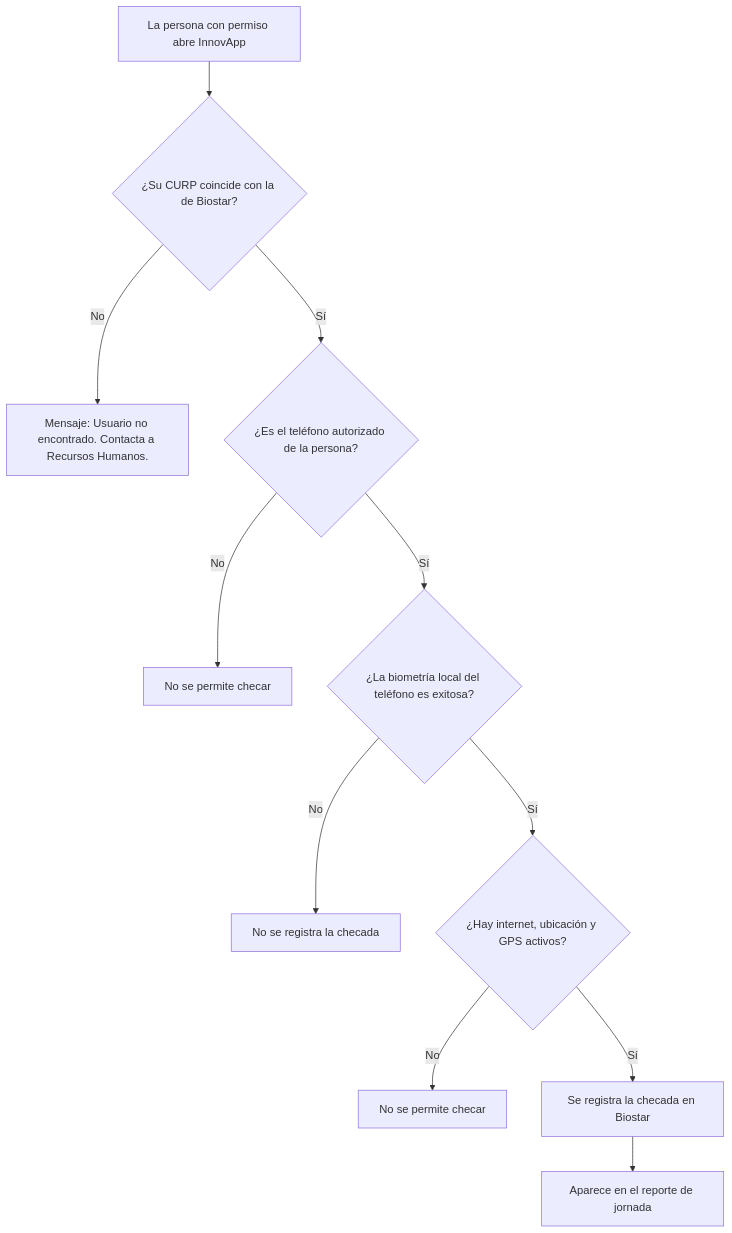
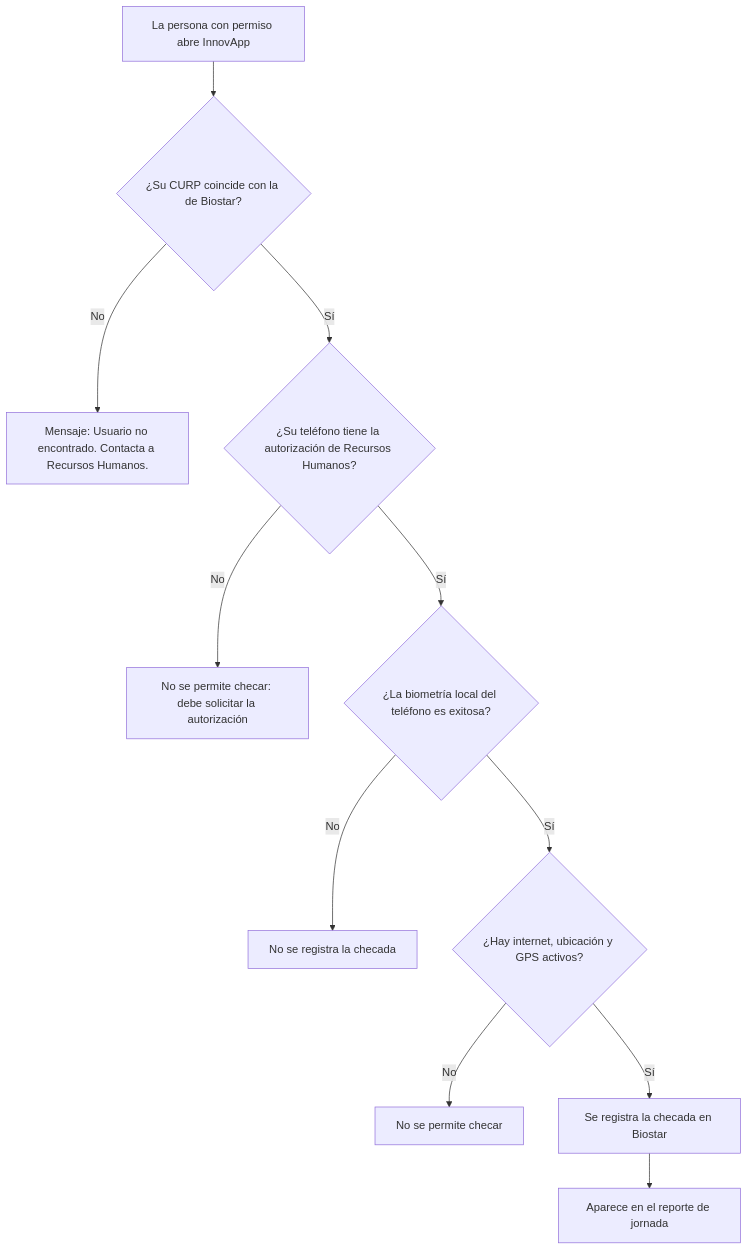
The fourth of 4 diagrams in docs/Proyectos/iNN/Control de Asistencias/Requerimientos-Funcionales-Control-de-Asistencia-Analisis-de-Negocio.md (solis1408/Business-Suite), drawn with Mermaid before and after one commit. The commit also changed other lines of this file, not shown here.

````diff
--- a/docs/Proyectos/iNN/Control de Asistencias/Requerimientos-Funcionales-Control-de-Asistencia-Analisis-de-Negocio.md
+++ b/docs/Proyectos/iNN/Control de Asistencias/Requerimientos-Funcionales-Control-de-Asistencia-Analisis-de-Negocio.md
@@ -1543,13 +1545,13 @@
 ```mermaid
 flowchart TD
     A[La persona con permiso abre InnovApp] --> B{¿Su CURP coincide con la de Biostar?}
     B -- No --> X[Mensaje: Usuario no encontrado. Contacta a Recursos Humanos.]
-    B -- Sí --> T{¿Es el teléfono autorizado de la persona?}
-    T -- No --> W[No se permite checar]
+    B -- Sí --> T{¿Su teléfono tiene la autorización de Recursos Humanos?}
+    T -- No --> W[No se permite checar: debe solicitar la autorización]
     T -- Sí --> C{¿La biometría local del teléfono es exitosa?}
     C -- No --> Y[No se registra la checada]
     C -- Sí --> D{¿Hay internet, ubicación y GPS activos?}
     D -- No --> Z[No se permite checar]
     D -- Sí --> E[Se registra la checada en Biostar]
     E --> F[Aparece en el reporte de jornada]
 ```
````
